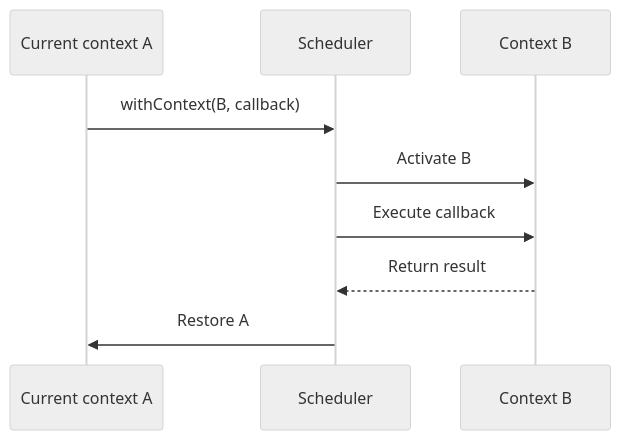
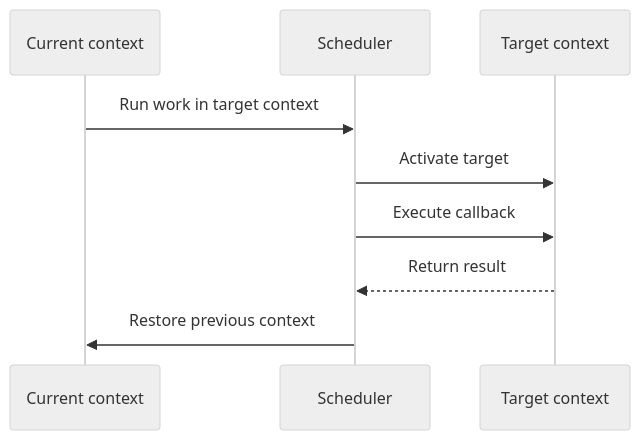
One commit to shuklasp/spp changed the third of 3 diagrams in documentation/handbook/02-kernel-scheduler.md. Above: the diagram before and after it, drawn with Mermaid (neutral theme). The commit also changed other lines of this file, not shown here.

Commit message:
docs(handbook): fix scheduler mermaid diagrams

````diff
--- a/documentation/handbook/02-kernel-scheduler.md
+++ b/documentation/handbook/02-kernel-scheduler.md
@@ -82,11 +82,11 @@
 ```mermaid
 sequenceDiagram
-    participant A as Current context A
+    participant A as Current context
     participant S as Scheduler
-    participant B as Context B
-    A->>S: withContext(B, callback)
-    S->>B: Activate B
+    participant B as Target context
+    A->>S: Run work in target context
+    S->>B: Activate target
     S->>B: Execute callback
     B-->>S: Return result
-    S->>A: Restore A
+    S->>A: Restore previous context
 ```
````
